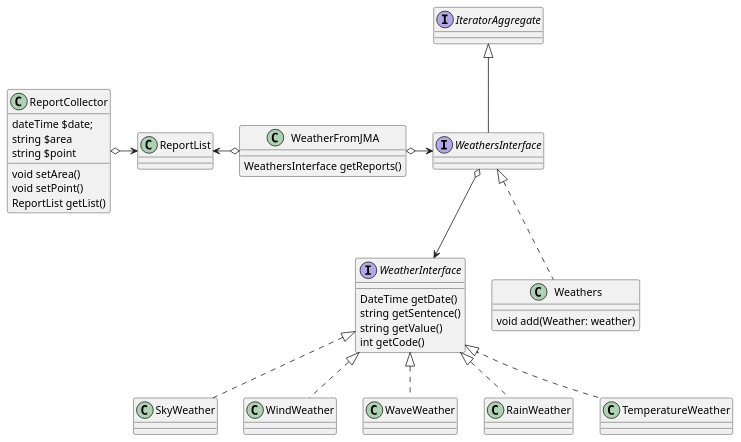
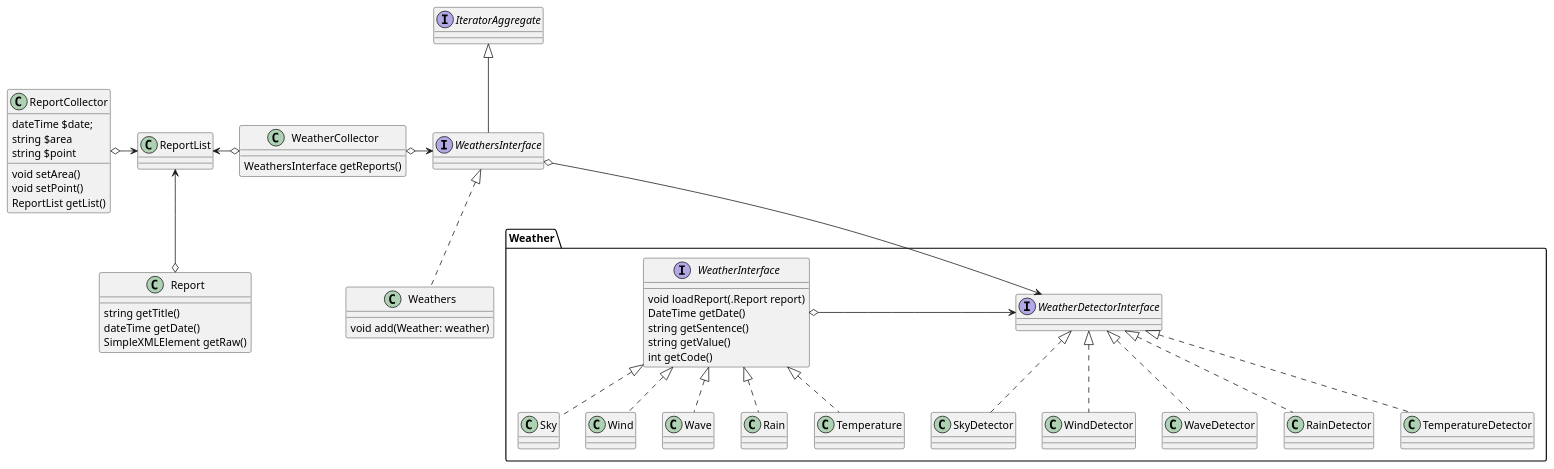
The diagram in README.md (shuuuta/WeatherFromJMA), drawn with PlantUML before and after one commit. The commit also changed 18 other files, not shown here.

````diff
--- a/README.md
+++ b/README.md
@@ -5,50 +5,73 @@
 ```plantuml
 @startuml
-WeatherFromJMA o-> WeathersInterface
-WeathersInterface o--> WeatherInterface
-ReportList <-o WeatherFromJMA
+WeatherCollector o-> WeathersInterface
+WeathersInterface o--> Weather.WeatherDetectorInterface
+Weather.WeatherInterface o-> Weather.WeatherDetectorInterface
+ReportList <-o WeatherCollector
 ReportCollector o-> ReportList
+ReportList <--o Report
 
-class WeatherFromJMA {
+class WeatherCollector {
 	WeathersInterface getReports()
 }
 
 class ReportCollector {
 	dateTime $date;
 	string $area
 	string $point
 	void setArea()
 	void setPoint()
 	ReportList getList()
 }
 
 class ReportList {
 }
 
+class Report {
+	string getTitle()
+	dateTime getDate()
+	SimpleXMLElement getRaw()
+}
+
 class Weathers implements WeathersInterface {
 	void add(Weather: weather)
 }
 
 interface WeathersInterface extends IteratorAggregate {
 }
+namespace Weather {
+	interface WeatherDetectorInterface {
+	}
+	class SkyDetector implements WeatherDetectorInterface {
+	}
+	class WindDetector implements WeatherDetectorInterface {
+	}
+	class WaveDetector implements WeatherDetectorInterface {
+	}
+	class RainDetector implements WeatherDetectorInterface {
+	}
+	class TemperatureDetector implements WeatherDetectorInterface {
+	}
 
-interface WeatherInterface {
-	DateTime getDate()
-	string getSentence()
-	string getValue()
-	int getCode()
-}
+	interface WeatherInterface {
+		void loadReport(.Report report)
+		DateTime getDate()
+		string getSentence()
+		string getValue()
+		int getCode()
+	}
 
-class SkyWeather implements WeatherInterface {
-}
-class WindWeather implements WeatherInterface {
-}
-class WaveWeather implements WeatherInterface {
-}
-class RainWeather implements WeatherInterface {
-}
-class TemperatureWeather implements WeatherInterface {
+	class Sky implements WeatherInterface {
+	}
+	class Wind implements WeatherInterface {
+	}
+	class Wave implements WeatherInterface {
+	}
+	class Rain implements WeatherInterface {
+	}
+	class Temperature implements WeatherInterface {
+	}
 }
 
 @enduml
 ```
````
